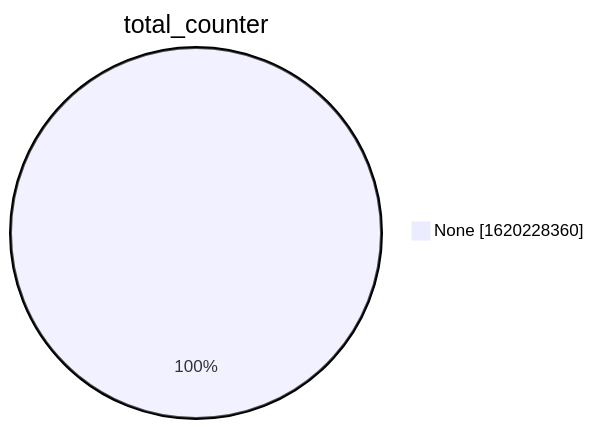
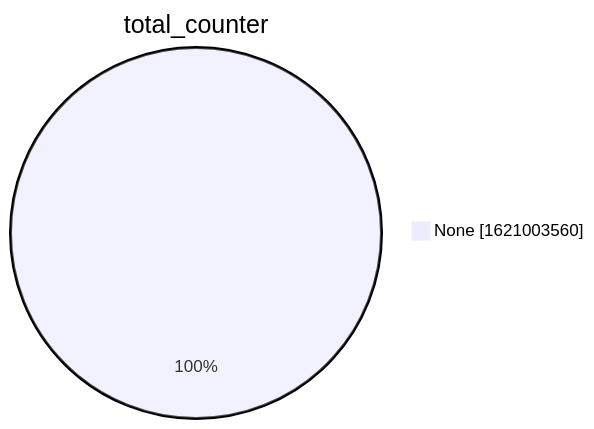
One commit to christiankrug/ctmonitor_visualization changed the second of 15 diagrams in xenon2022/README.md. Above: the diagram before and after it, drawn with Mermaid. The commit also changed other lines of this file, not shown here.

````diff
--- a/xenon2022/README.md
+++ b/xenon2022/README.md
@@ -9,5 +9,5 @@
 ```mermaid
 pie showData
 title total_counter
-"None" :1620228360
+"None" :1621003560
 ```
````
